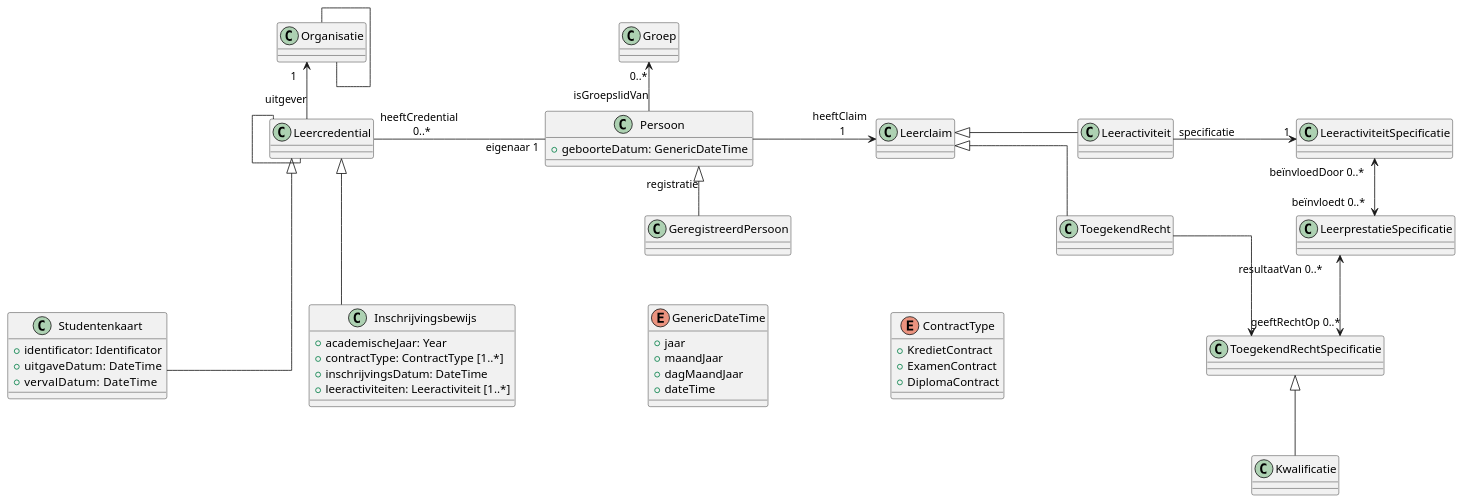
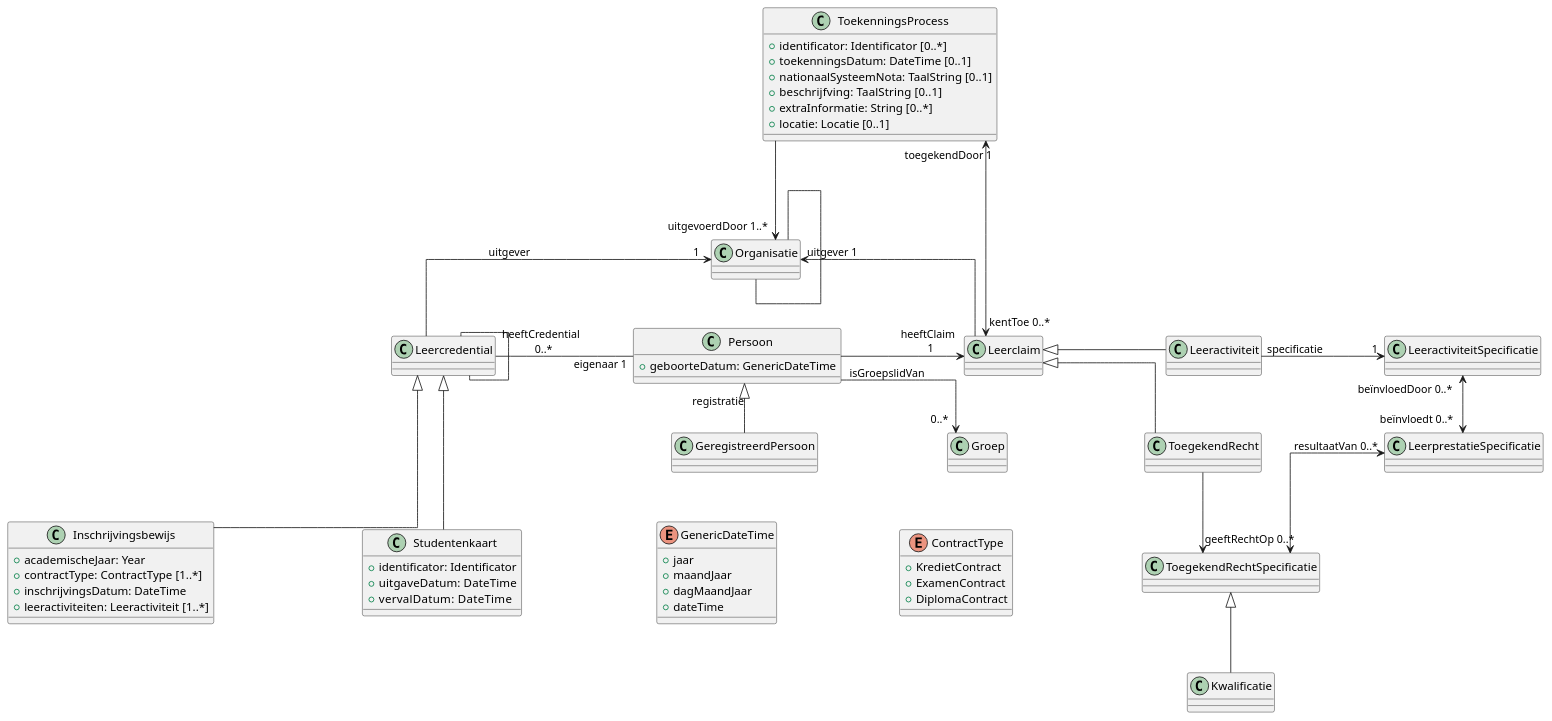
One commit to Informatievlaanderen/OSLOthema-Leerinschrijfcredential changed the diagram in resources/plantuml/fullmodel.puml. Above: the diagram before and after it, drawn with PlantUML. The commit also changed 11 other files, not shown here.

Commit message:
feat (general): Update plantuml diagrams

```diff
--- a/resources/plantuml/fullmodel.puml
+++ b/resources/plantuml/fullmodel.puml
@@ -1,87 +1,101 @@
 @startuml
 skinparam nodesep 150
 skinparam linetype ortho
 allowmixing
 
+class ToekenningsProcess {
+    + identificator: Identificator [0..*]
+    + toekenningsDatum: DateTime [0..1]
+    + nationaalSysteemNota: TaalString [0..1]
+    + beschrijfving: TaalString  [0..1]
+    + extraInformatie: String [0..*]
+    + locatie: Locatie [0..1]
+
+}
 class Persoon {
     + geboorteDatum: GenericDateTime 
 }
 class Groep
 class Leercredential
 together{
     class Leeractiviteit
     class ToegekendRecht
 }
 class GeregistreerdPersoon
 class Organisatie
 class Leerclaim
 class LeeractiviteitSpecificatie
 class LeerprestatieSpecificatie
 class ToegekendRechtSpecificatie
 class Kwalificatie
 
 class Studentenkaart {
     + identificator: Identificator
     + uitgaveDatum:  DateTime
     + vervalDatum:   DateTime
 
 }
 class Inschrijvingsbewijs {
     + academischeJaar: Year
     + contractType: ContractType [1..*]
     + inschrijvingsDatum: DateTime
     + leeractiviteiten: Leeractiviteit [1..*]
 }
 
 
 enum GenericDateTime{
     + jaar  
     + maandJaar
     + dagMaandJaar
     + dateTime
 }
 enum ContractType {
     + KredietContract
     + ExamenContract
     + DiplomaContract
 }
 
 
 node a
 hide a
 
+Leerclaim  -[hidden]- Groep
+Organisatie "uitgever 1" <-- Leerclaim
+ToekenningsProcess "toegekendDoor 1" <---> "kentToe 0..*" Leerclaim
+ToekenningsProcess --->"uitgevoerdDoor 1..*" Organisatie
+
 Persoon <|-- GeregistreerdPersoon: " registratie"
 GenericDateTime -u[hidden]- GeregistreerdPersoon
 ContractType -u[hidden]- GeregistreerdPersoon 
 
 
 Groep "0..*" <-- Persoon: "isGroepslidVan"
 Leercredential  --  Leercredential
 Leercredential "heeftCredential \n 0..*"-r-"\t\t eigenaar 1" Persoon
 Organisatie "1  " <--  Leercredential: "uitgever"
 Organisatie  --  Organisatie
 
 Persoon -r->"heeftClaim \n 1" Leerclaim
 Leeractiviteit -[hidden]- ToegekendRecht
 Leerclaim <|-r- Leeractiviteit
 Leerclaim <|-r- ToegekendRecht
 
 
 Leeractiviteit -r-> "1" LeeractiviteitSpecificatie: "specificatie"
 LeeractiviteitSpecificatie "beïnvloedDoor 0..*" <--> "beïnvloedt 0..*"LeerprestatieSpecificatie
 LeerprestatieSpecificatie "resultaatVan 0..*" <--> "geeftRechtOp 0..*" ToegekendRechtSpecificatie
 
 ToegekendRecht -r-> ToegekendRechtSpecificatie
 ToegekendRechtSpecificatie <|-- Kwalificatie
 a -u- Leercredential
 Studentenkaart -u-|> a
 Inschrijvingsbewijs -u-|> a
 
 Studentenkaart -u-|> Leercredential
 Inschrijvingsbewijs -u-|> Leercredential
 
 
 
 
 
 @enduml
```
